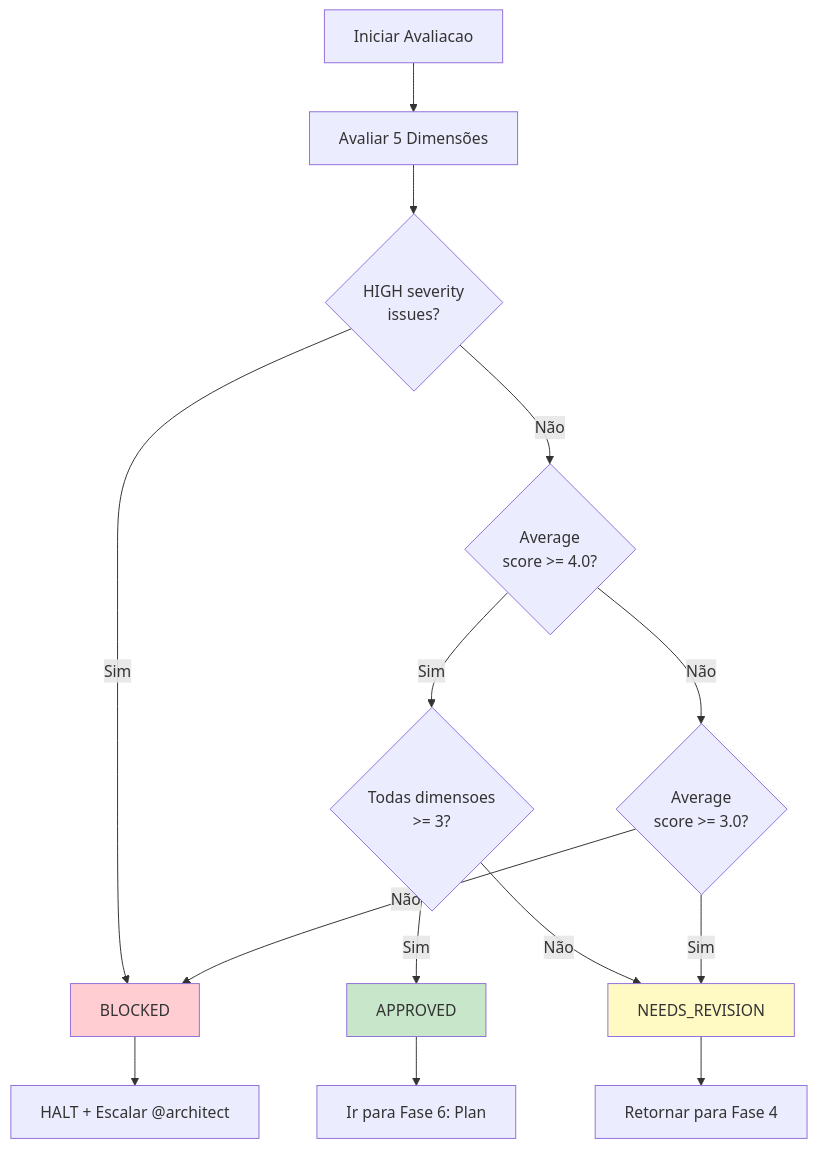
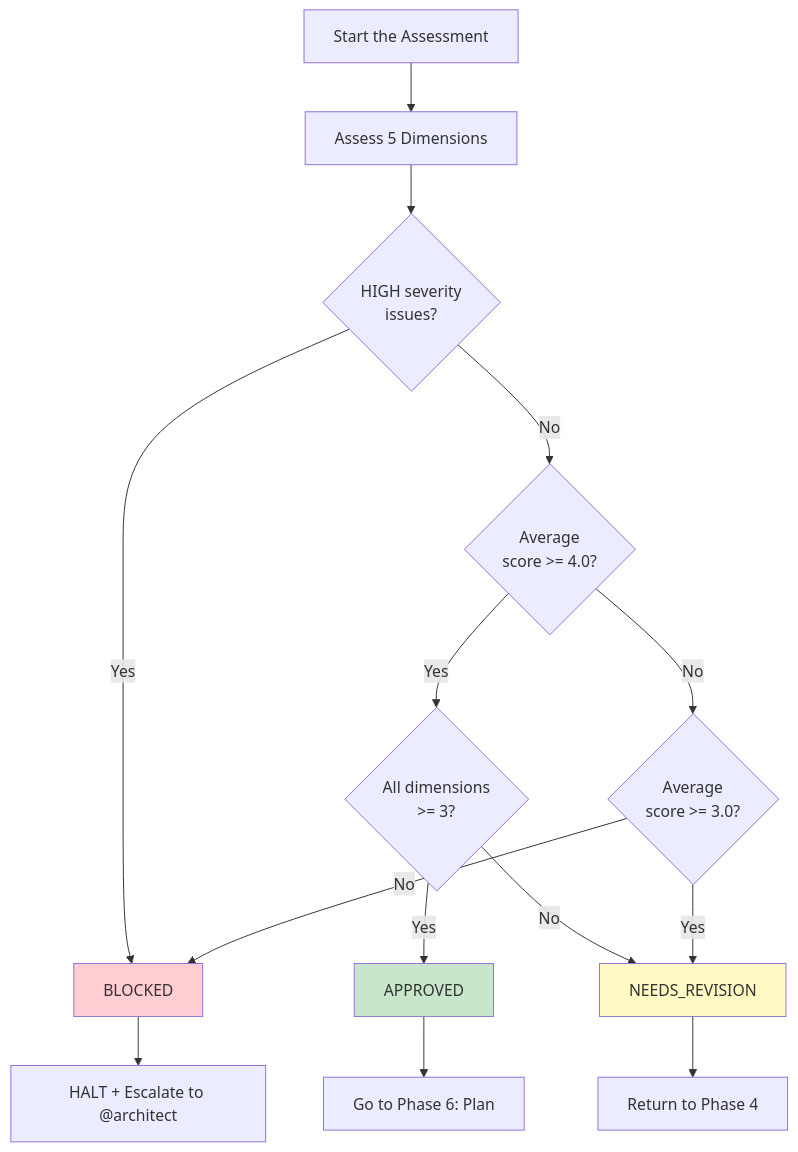
Before and after one commit to CyryxLabs/AEXOS: the ninth of 17 diagrams in docs/aexos-workflows/spec-pipeline-workflow.md, drawn with Mermaid. The commit also changed other lines of this file and 528 other files, not shown here.

````diff
--- a/docs/aexos-workflows/spec-pipeline-workflow.md
+++ b/docs/aexos-workflows/spec-pipeline-workflow.md
@@ -569,24 +569,24 @@
 ```mermaid
 flowchart TB
-    START["Iniciar Avaliacao"] --> EVAL["Avaliar 5 Dimensões"]
+    START["Start the Assessment"] --> EVAL["Assess 5 Dimensions"]
 
     EVAL --> CHECK1{"HIGH severity<br/>issues?"}
-    CHECK1 -->|Sim| BLOCKED["BLOCKED"]
-    CHECK1 -->|Não| CHECK2{"Average<br/>score >= 4.0?"}
+    CHECK1 -->|Yes| BLOCKED["BLOCKED"]
+    CHECK1 -->|No| CHECK2{"Average<br/>score >= 4.0?"}
 
-    CHECK2 -->|Sim| CHECK3{"Todas dimensoes<br/>>= 3?"}
-    CHECK3 -->|Sim| APPROVED["APPROVED"]
-    CHECK3 -->|Não| NEEDS["NEEDS_REVISION"]
+    CHECK2 -->|Yes| CHECK3{"All dimensions<br/>>= 3?"}
+    CHECK3 -->|Yes| APPROVED["APPROVED"]
+    CHECK3 -->|No| NEEDS["NEEDS_REVISION"]
 
-    CHECK2 -->|Não| CHECK4{"Average<br/>score >= 3.0?"}
-    CHECK4 -->|Sim| NEEDS
-    CHECK4 -->|Não| BLOCKED
+    CHECK2 -->|No| CHECK4{"Average<br/>score >= 3.0?"}
+    CHECK4 -->|Yes| NEEDS
+    CHECK4 -->|No| BLOCKED
 
-    APPROVED --> PLAN["Ir para Fase 6: Plan"]
-    NEEDS --> REVISE["Retornar para Fase 4"]
-    BLOCKED --> HALT["HALT + Escalar @architect"]
+    APPROVED --> PLAN["Go to Phase 6: Plan"]
+    NEEDS --> REVISE["Return to Phase 4"]
+    BLOCKED --> HALT["HALT + Escalate to @architect"]
 
     style APPROVED fill:#c8e6c9
     style NEEDS fill:#fff9c4
     style BLOCKED fill:#ffcdd2
 ```
````
